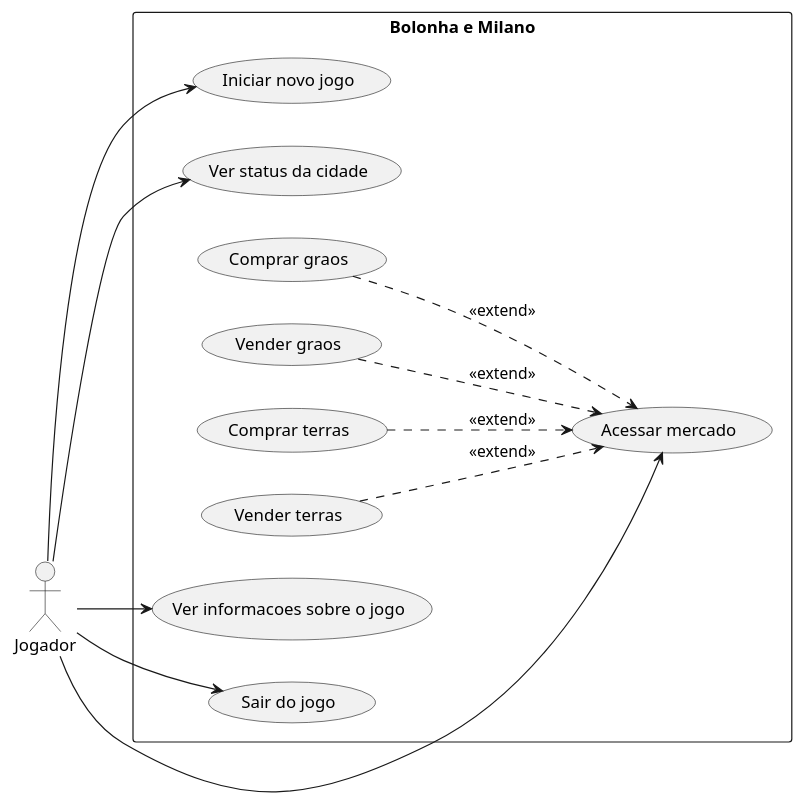
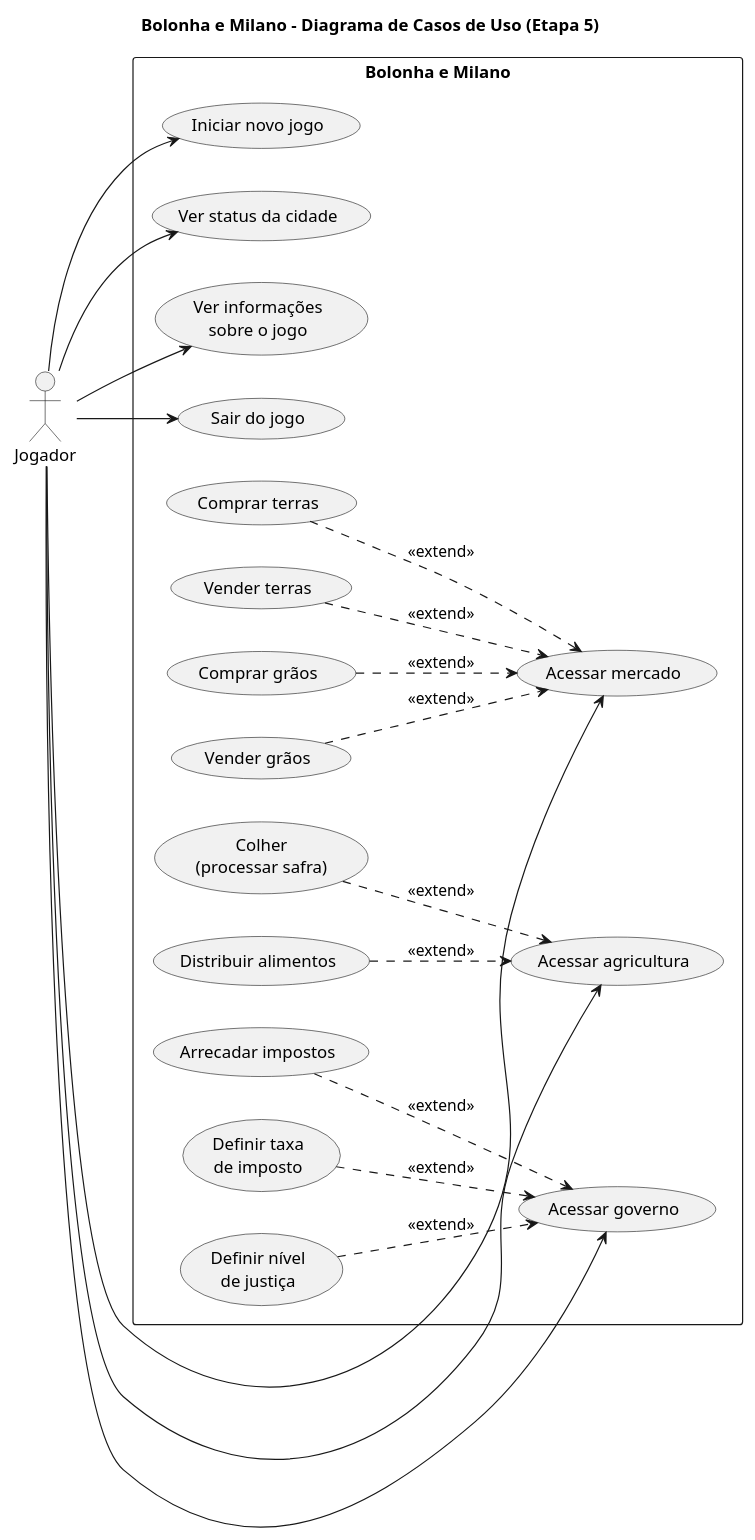
One commit to snooss/projeto-bolonha-e-milano changed the diagram in casos-de-uso/diagrama-casos-de-uso.puml. Above: the diagram before and after it, drawn with PlantUML. The commit also changed 8 other files, not shown here.

Commit message:
Etapa 5: impostos e governo

```diff
--- a/casos-de-uso/diagrama-casos-de-uso.puml
+++ b/casos-de-uso/diagrama-casos-de-uso.puml
@@ -2,30 +1,54 @@
 @startuml
+title Bolonha e Milano - Diagrama de Casos de Uso (Etapa 5)
 
 left to right direction
 
-actor Jogador as Usuario
+skinparam packageStyle rectangle
+skinparam shadowing false
+
+actor Jogador
 
 rectangle "Bolonha e Milano" {
+
     usecase "Iniciar novo jogo" as UC1
     usecase "Ver status da cidade" as UC2
     usecase "Acessar mercado" as UC3
-    usecase "Comprar graos" as UC4
-    usecase "Vender graos" as UC5
-    usecase "Comprar terras" as UC6
-    usecase "Vender terras" as UC7
-    usecase "Ver informacoes sobre o jogo" as UC8
-    usecase "Sair do jogo" as UC9
+    usecase "Acessar agricultura" as UC4
+    usecase "Acessar governo" as UC5
+    usecase "Ver informações\nsobre o jogo" as UC6
+    usecase "Sair do jogo" as UC7
+
+    usecase "Comprar grãos" as UC8
+    usecase "Vender grãos" as UC9
+    usecase "Comprar terras" as UC10
+    usecase "Vender terras" as UC11
+
+    usecase "Colher\n(processar safra)" as UC12
+    usecase "Distribuir alimentos" as UC13
+
+    usecase "Arrecadar impostos" as UC14
+    usecase "Definir taxa\nde imposto" as UC15
+    usecase "Definir nível\nde justiça" as UC16
 }
 
-Usuario --> UC1
-Usuario --> UC2
-Usuario --> UC3
-Usuario --> UC8
-Usuario --> UC9
+Jogador --> UC1
+Jogador --> UC2
+Jogador --> UC3
+Jogador --> UC4
+Jogador --> UC5
+Jogador --> UC6
+Jogador --> UC7
 
-UC4 ..> UC3 : <<extend>>
-UC5 ..> UC3 : <<extend>>
-UC6 ..> UC3 : <<extend>>
-UC7 ..> UC3 : <<extend>>
+UC8 ..> UC3 : <<extend>>
+UC9 ..> UC3 : <<extend>>
+UC10 ..> UC3 : <<extend>>
+UC11 ..> UC3 : <<extend>>
+
+UC12 ..> UC4 : <<extend>>
+UC13 ..> UC4 : <<extend>>
+
+UC14 ..> UC5 : <<extend>>
+UC15 ..> UC5 : <<extend>>
+UC16 ..> UC5 : <<extend>>
 
 @enduml
```
